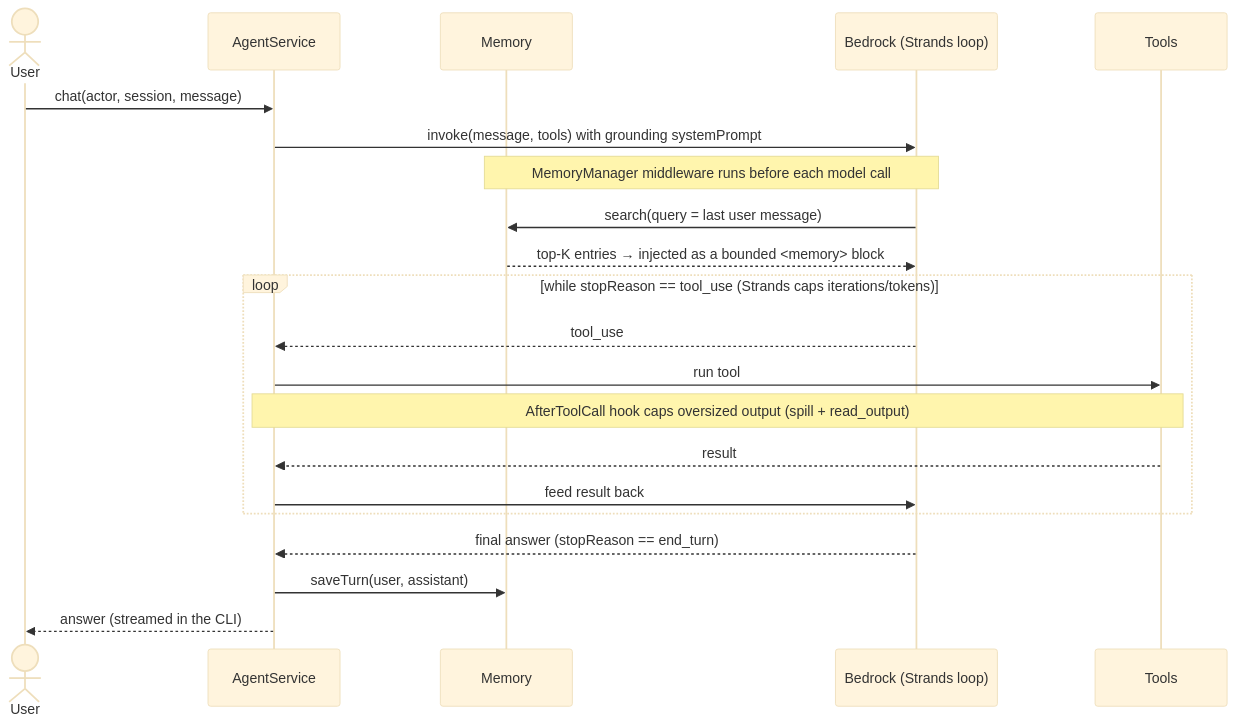
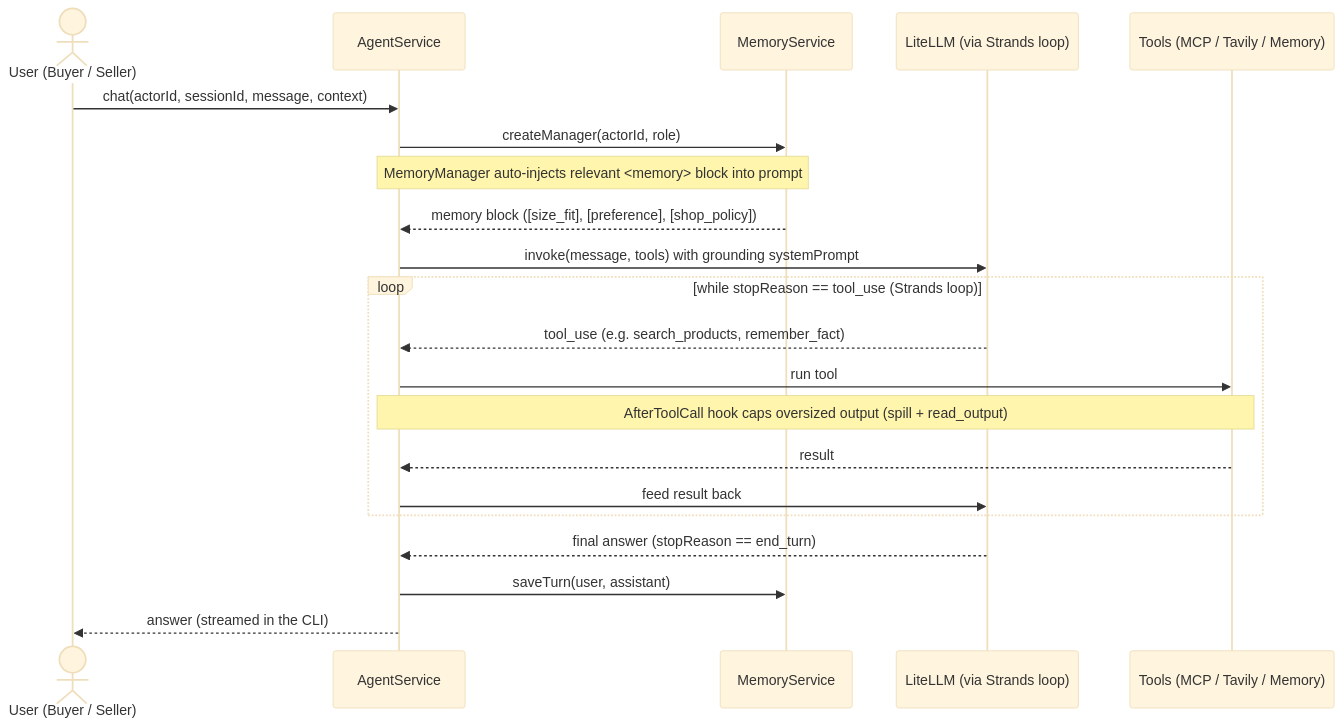
The second of 3 diagrams in README.md (shopnexus/agent), drawn with Mermaid (base theme) before and after one commit. The commit also changed other lines of this file and 16 other files, not shown here.

Commit message:
refactor(agent): migrate to LiteLLM proxy and pgvector for long/short-term memory

````diff
--- a/README.md
+++ b/README.md
@@ -60,24 +58,24 @@
 ```mermaid
 sequenceDiagram
-  actor U as User
+  actor U as User (Buyer / Seller)
   participant A as AgentService
-  participant M as Memory
-  participant B as Bedrock (Strands loop)
-  participant T as Tools
+  participant M as MemoryService
+  participant L as LiteLLM (via Strands loop)
+  participant T as Tools (MCP / Tavily / Memory)
 
-  U->>A: chat(actor, session, message)
-  A->>B: invoke(message, tools) with grounding systemPrompt
-  Note over B,M: MemoryManager middleware runs before each model call
-  B->>M: search(query = last user message)
-  M-->>B: top-K entries → injected as a bounded <memory> block
-  loop while stopReason == tool_use (Strands caps iterations/tokens)
-    B-->>A: tool_use
+  U->>A: chat(actorId, sessionId, message, context)
+  A->>M: createManager(actorId, role)
+  Note over A,M: MemoryManager auto-injects relevant <memory> block into prompt
+  M-->>A: memory block ([size_fit], [preference], [shop_policy])
+  A->>L: invoke(message, tools) with grounding systemPrompt
+  loop while stopReason == tool_use (Strands loop)
+    L-->>A: tool_use (e.g. search_products, remember_fact)
     A->>T: run tool
     Note over A,T: AfterToolCall hook caps oversized output (spill + read_output)
     T-->>A: result
-    A->>B: feed result back
+    A->>L: feed result back
   end
-  B-->>A: final answer (stopReason == end_turn)
+  L-->>A: final answer (stopReason == end_turn)
   A->>M: saveTurn(user, assistant)
   A-->>U: answer (streamed in the CLI)
 ```
````
